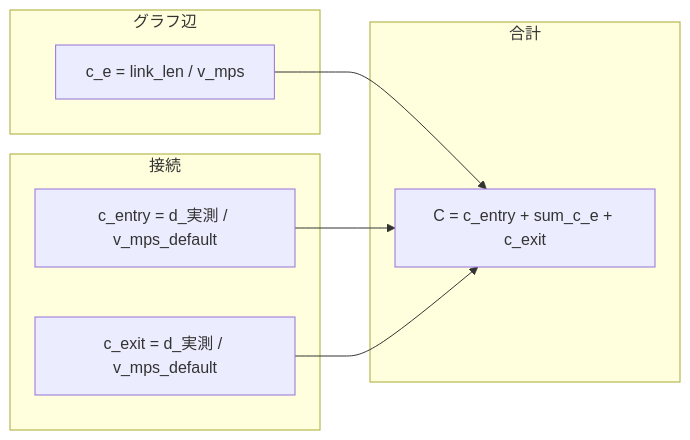
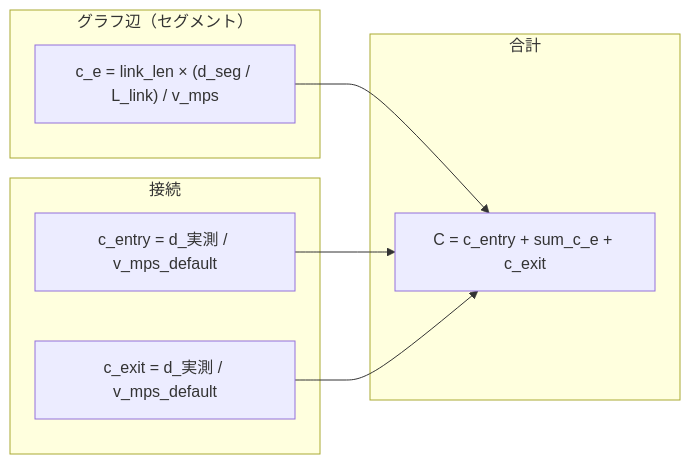
One commit to matrix9neonebuchadnezzar2199-sketch/QNEAT3 changed the second of 2 diagrams in docs/COST_FORMULAS.md. Above: the diagram before and after it, drawn with Mermaid. The commit also changed other lines of this file and 19 other files, not shown here.

First line of the commit message:
fix(neo): prorate link_len per graph segment edge (root cause of inflated costs)

````diff
--- a/docs/COST_FORMULAS.md
+++ b/docs/COST_FORMULAS.md
@@ -49,16 +51,16 @@
 ```mermaid
 flowchart LR
-  subgraph edge [グラフ辺]
-    E["c_e = link_len / v_mps"]
+  subgraph edge [グラフ辺（セグメント）]
+    E["c_e = link_len × (d_seg / L_link) / v_mps"]
   end
   subgraph conn [接続]
     EN["c_entry = d_実測 / v_mps_default"]
     EX["c_exit = d_実測 / v_mps_default"]
   end
   subgraph total [合計]
     T["C = c_entry + sum_c_e + c_exit"]
   end
   E --> T
   EN --> T
   EX --> T
 ```
````
